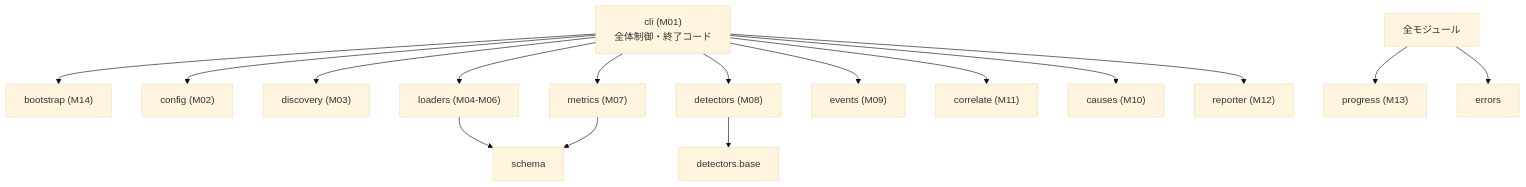
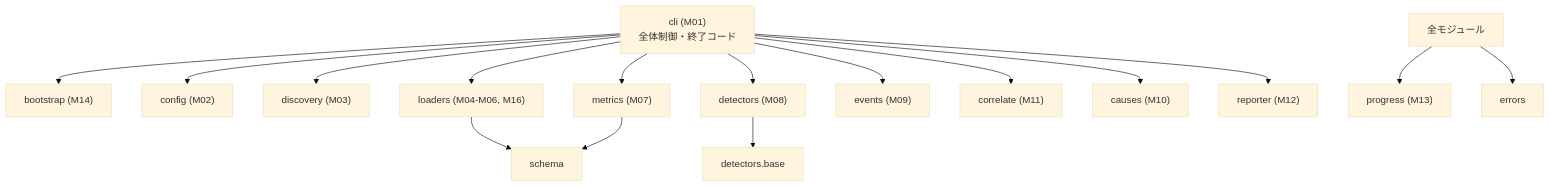
One commit to kagyuu/AnomalyDetect changed the second of 2 diagrams in docs/ArchitectureHandbook.md. Above: the diagram before and after it, drawn with Mermaid (base theme). The commit also changed other lines of this file and 60 other files, not shown here.

````diff
--- a/docs/ArchitectureHandbook.md
+++ b/docs/ArchitectureHandbook.md
@@ -98,18 +98,18 @@
 ```mermaid
 flowchart TD
     CLI["cli (M01)<br/>全体制御・終了コード"] --> BS["bootstrap (M14)"]
     CLI --> CFG["config (M02)"]
     CLI --> DSC["discovery (M03)"]
-    CLI --> LD["loaders (M04-M06)"]
+    CLI --> LD["loaders (M04-M06, M16)"]
     CLI --> MET["metrics (M07)"]
     CLI --> DET["detectors (M08)"]
     CLI --> EVT["events (M09)"]
     CLI --> COR["correlate (M11)"]
     CLI --> CAU["causes (M10)"]
     CLI --> RPT["reporter (M12)"]
     LD --> SCH["schema"]
     MET --> SCH
     DET --> BASE["detectors.base"]
     ALL["全モジュール"] --> PRG["progress (M13)"]
     ALL --> ERR["errors"]
 ```
````
